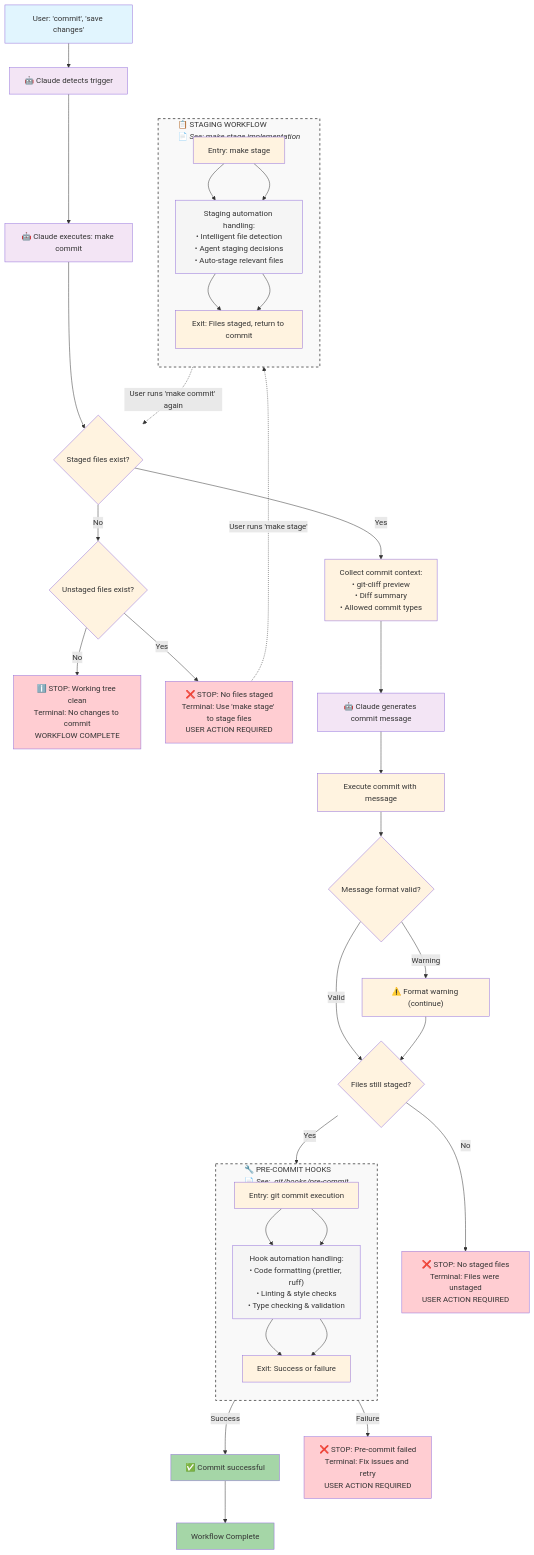
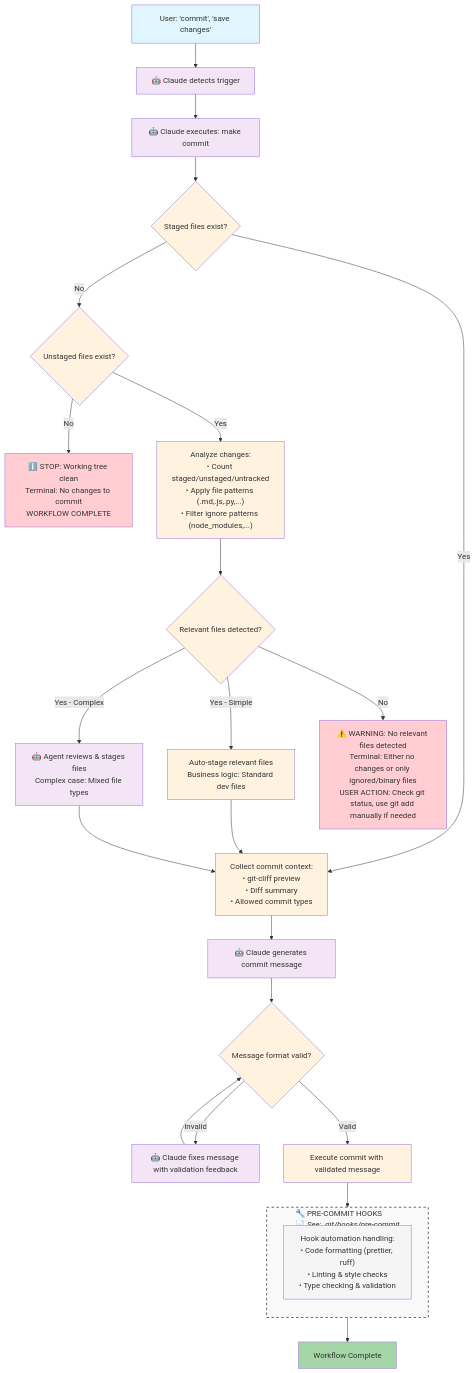
The diagram in scripts/agent/workflows/commit-workflow.mmd (kschlt/online-tables-lite), drawn with Mermaid before and after one commit. The commit also changed 7 other files, not shown here.

Commit message:
refactor(workflows): integrate staging into commit workflow for streamlined UX

```diff
--- a/scripts/agent/workflows/commit-workflow.mmd
+++ b/scripts/agent/workflows/commit-workflow.mmd
@@ -1,127 +1,97 @@
 flowchart TD
     %% Entry Point
     UserTrigger["User: 'commit', 'save changes'"]
     ClaudeDetects["🤖 Claude detects trigger"]
     ClaudeExec["🤖 Claude executes: make commit"]
 
     %% Makefile Validation
     CheckStaged{Staged files exist?}
     CheckUnstaged{Unstaged files exist?}
 
     %% STOP CONDITIONS (Terminal Messages Only)
     NoChanges["ℹ️ STOP: Working tree clean<br/>Terminal: No changes to commit<br/>WORKFLOW COMPLETE"]
-    NoStaged["❌ STOP: No files staged<br/>Terminal: Use 'make stage' to stage files<br/>USER ACTION REQUIRED"]
 
-    %% STAGING WORKFLOW (Black Box)
-    subgraph StagingBox ["📋 STAGING WORKFLOW<br/>📄 <i>See: make stage implementation</i>"]
+    %% INTEGRATED STAGING FUNCTIONS (Part of Commit Workflow)
+    AnalyzeChanges["Analyze changes:<br/>• Count staged/unstaged/untracked<br/>• Apply file patterns (.md,.js,.py,...)<br/>• Filter ignore patterns (node_modules,...)"]
+    CheckRelevant{Relevant files detected?}
+    AutoStage["Auto-stage relevant files<br/>Business logic: Standard dev files"]
+    AgentStaging["🤖 Agent reviews & stages files<br/>Complex case: Mixed file types"]
+    NoRelevantStop["⚠️ WARNING: No relevant files detected<br/>Terminal: Either no changes or only ignored/binary files<br/>USER ACTION: Check git status, use git add manually if needed"]
+
+    %% Message Generation & Validation Loop
+    CollectContext["Collect commit context:<br/>• git-cliff preview<br/>• Diff summary<br/>• Allowed commit types"]
+    ClaudeGenerates["🤖 Claude generates commit message"]
+    ValidateFormat{Message format valid?}
+    FormatFeedback["🤖 Claude fixes message with validation feedback"]
+
+    %% Commit Execution
+    ExecuteCommit["Execute commit with validated message"]
+
+    %% PRE-COMMIT HOOKS (Simplified Black Box)
+    subgraph PreCommitBox ["🔧 PRE-COMMIT HOOKS<br/>📄 <i>See: .git/hooks/pre-commit</i>"]
         direction TB
-        StageEntry["Entry: make stage"]
-        StageBlackBox["Staging automation handling:<br/>• Intelligent file detection<br/>• Agent staging decisions<br/>• Auto-stage relevant files"]
-        StageExit["Exit: Files staged, return to commit"]
-        StageEntry --> StageBlackBox
-        StageBlackBox --> StageExit
+        HookBlackBox["Hook automation handling:<br/>• Code formatting (prettier, ruff)<br/>• Linting & style checks<br/>• Type checking & validation"]
     end
 
-    %% Message Generation (Makefile)
-    CollectContext["Collect commit context:<br/>• git-cliff preview<br/>• Diff summary<br/>• Allowed commit types"]
-    ClaudeGenerates["🤖 Claude generates commit message"]
-
-    %% Commit Execution & Validation
-    ExecuteCommit["Execute commit with message"]
-    ValidateFormat{Message format valid?}
-    FormatWarning["⚠️ Format warning (continue)"]
-    CheckStagedAgain{Files still staged?}
-    CommitFailed["❌ STOP: No staged files<br/>Terminal: Files were unstaged<br/>USER ACTION REQUIRED"]
-
-    %% PRE-COMMIT HOOKS (Black Box)
-    subgraph PreCommitBox ["🔧 PRE-COMMIT HOOKS<br/>📄 <i>See: .git/hooks/pre-commit</i>"]
-        direction TB
-        HookEntry["Entry: git commit execution"]
-        HookBlackBox["Hook automation handling:<br/>• Code formatting (prettier, ruff)<br/>• Linting & style checks<br/>• Type checking & validation"]
-        HookExit["Exit: Success or failure"]
-        HookEntry --> HookBlackBox
-        HookBlackBox --> HookExit
-    end
-
-    %% Final Outcomes
-    CommitSuccess["✅ Commit successful"]
-    HookFailed["❌ STOP: Pre-commit failed<br/>Terminal: Fix issues and retry<br/>USER ACTION REQUIRED"]
+    %% Final Outcome
     WorkflowComplete["Workflow Complete"]
 
     %% Flow Connections
     UserTrigger --> ClaudeDetects
     ClaudeDetects --> ClaudeExec
     ClaudeExec --> CheckStaged
 
-    %% Staging Validation
+    %% Staging Logic
     CheckStaged -->|No| CheckUnstaged
     CheckStaged -->|Yes| CollectContext
     CheckUnstaged -->|No| NoChanges
-    CheckUnstaged -->|Yes| NoStaged
+    CheckUnstaged -->|Yes| AnalyzeChanges
 
-    %% User goes to staging workflow (manual step)
-    NoStaged -.->|"User runs 'make stage'"| StagingBox
-    StageExit -.->|"User runs 'make commit' again"| CheckStaged
+    %% Staging Decision Flow
+    AnalyzeChanges --> CheckRelevant
+    CheckRelevant -->|Yes - Simple| AutoStage
+    CheckRelevant -->|Yes - Complex| AgentStaging
+    CheckRelevant -->|No| NoRelevantStop
+    AutoStage --> CollectContext
+    AgentStaging --> CollectContext
 
-    %% Message Generation (happens in Makefile)
+    %% Message Generation & Validation Loop
     CollectContext --> ClaudeGenerates
-    ClaudeGenerates --> ExecuteCommit
+    ClaudeGenerates --> ValidateFormat
+    ValidateFormat -->|Invalid| FormatFeedback
+    FormatFeedback --> ValidateFormat
+    ValidateFormat -->|Valid| ExecuteCommit
 
-    %% Commit Execution & Validation (happens in execute_commit)
-    ExecuteCommit --> ValidateFormat
-    ValidateFormat -->|Warning| FormatWarning
-    ValidateFormat -->|Valid| CheckStagedAgain
-    FormatWarning --> CheckStagedAgain
-    CheckStagedAgain -->|No| CommitFailed
-    CheckStagedAgain -->|Yes| PreCommitBox
-
-    %% Pre-commit Hook Flow
-    HookExit -->|Success| CommitSuccess
-    HookExit -->|Failure| HookFailed
-
-    %% Completion
-    CommitSuccess --> WorkflowComplete
-
-    %% Entry/Exit for Pre-commit Hooks
-    HookEntry --> HookBlackBox
-    HookBlackBox --> HookExit
-
-    %% Entry/Exit for Staging and Pre-commit
-    StageEntry --> StageBlackBox
-    StageBlackBox --> StageExit
+    %% Commit Execution & Completion
+    ExecuteCommit --> PreCommitBox
+    PreCommitBox --> WorkflowComplete
 
     %% Styling - Consistent with PR Workflow
     UserTrigger@{ shape: rect}
-    StageEntry:::automationStep
-    StageBlackBox:::blackBoxStep
-    StageExit:::automationStep
-    HookEntry:::automationStep
+    AnalyzeChanges:::automationStep
+    CheckRelevant:::automationStep
+    AutoStage:::automationStep
+    AgentStaging:::agentLayer
+    NoRelevantStop:::stopNode
     HookBlackBox:::blackBoxStep
-    HookExit:::automationStep
     UserTrigger:::userLayer
     ClaudeDetects:::agentLayer
     ClaudeExec:::agentLayer
     CheckStaged:::automationStep
     CheckUnstaged:::automationStep
     NoChanges:::stopNode
-    NoStaged:::stopNode
-    StagingBox:::subgraphStyle
     CollectContext:::automationStep
     ClaudeGenerates:::agentLayer
+    ValidateFormat:::automationStep
+    FormatFeedback:::agentLayer
     ExecuteCommit:::automationStep
-    ValidateFormat:::automationStep
-    FormatWarning:::automationStep
-    CheckStagedAgain:::automationStep
-    CommitFailed:::stopNode
     PreCommitBox:::subgraphStyle
-    CommitSuccess:::successNode
-    HookFailed:::stopNode
     WorkflowComplete:::successNode
 
     classDef userLayer fill:#e1f5fe
     classDef agentLayer fill:#f3e5f5
     classDef automationStep fill:#fff3e0
     classDef stopNode fill:#ffcdd2
     classDef blackBoxStep fill:#f5f5f5
     classDef successNode fill:#a5d6a7
     classDef subgraphStyle fill:#f9f9f9,stroke:#666,stroke-width:2px,stroke-dasharray: 5 5
```
